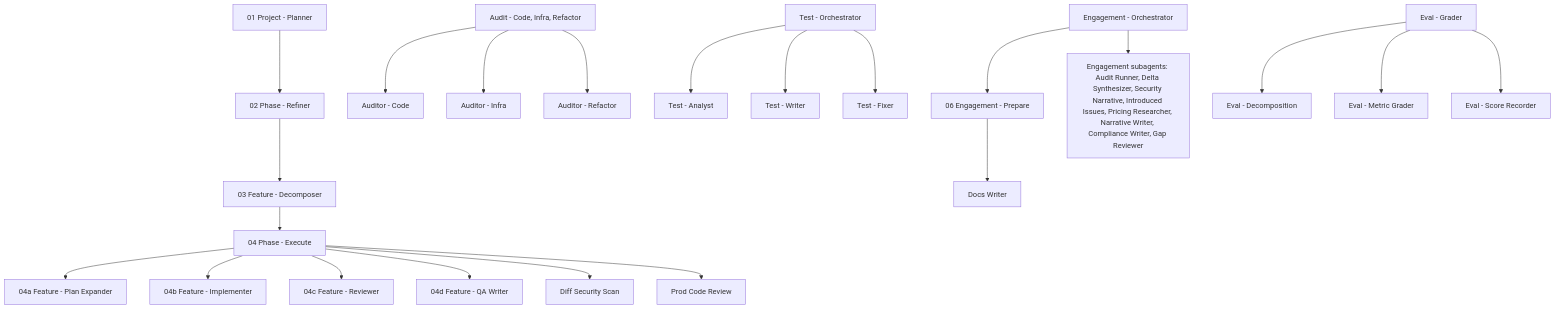
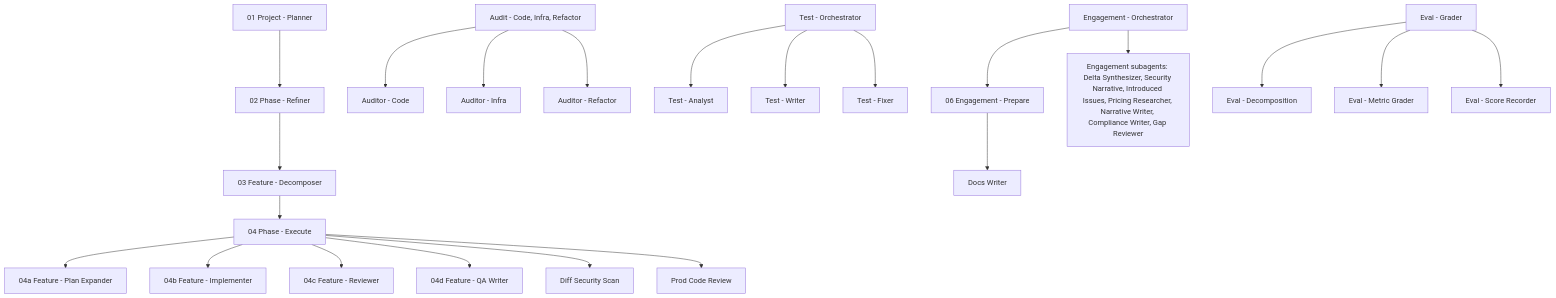
The fourth of 4 diagrams in docs/ARCHITECTURE.md (threnjen/thren-agentic-workflows), drawn with Mermaid before and after one commit. The commit also changed 17 other files, not shown here.

````diff
--- a/docs/ARCHITECTURE.md
+++ b/docs/ARCHITECTURE.md
@@ -184,47 +184,47 @@
 ```mermaid
 flowchart TD
     Planner[01 Project - Planner]
     Refiner[02 Phase - Refiner]
     Decomposer[03 Feature - Decomposer]
     PhaseExecute[04 Phase - Execute]
     Audit[Audit - Code, Infra, Refactor]
     Test[Test - Orchestrator]
     ProdReview[Prod Code Review]
     EvalGrader[Eval - Grader]
     EngagementOrchestrator[Engagement - Orchestrator]
     EngagementPrepare[06 Engagement - Prepare]
     DocsWriter[Docs Writer]
 
     PlanExpander[04a Feature - Plan Expander]
     Implementer[04b Feature - Implementer]
     Reviewer[04c Feature - Reviewer]
     QA[04d Feature - QA Writer]
     Security[Diff Security Scan]
 
     Planner --> Refiner
     Refiner --> Decomposer
     Decomposer --> PhaseExecute
 
     PhaseExecute --> PlanExpander
     PhaseExecute --> Implementer
     PhaseExecute --> Reviewer
     PhaseExecute --> QA
     PhaseExecute --> Security
     PhaseExecute --> ProdReview
 
     Audit --> AuditorCode[Auditor - Code]
     Audit --> AuditorInfra[Auditor - Infra]
     Audit --> AuditorRefactor[Auditor - Refactor]
 
     Test --> TestAnalyst[Test - Analyst]
     Test --> TestWriter[Test - Writer]
     Test --> TestFixer[Test - Fixer]
 
     EvalGrader --> EvalDecomp[Eval - Decomposition]
     EvalGrader --> EvalMetric[Eval - Metric Grader]
     EvalGrader --> EvalScore[Eval - Score Recorder]
 
     EngagementOrchestrator --> EngagementPrepare
-    EngagementOrchestrator --> EngagementSubs[Engagement subagents: Audit Runner, Delta Synthesizer, Security Narrative, Introduced Issues, Pricing Researcher, Narrative Writer, Compliance Writer, Gap Reviewer]
+    EngagementOrchestrator --> EngagementSubs[Engagement subagents: Delta Synthesizer, Security Narrative, Introduced Issues, Pricing Researcher, Narrative Writer, Compliance Writer, Gap Reviewer]
     EngagementPrepare --> DocsWriter
 ```
````
